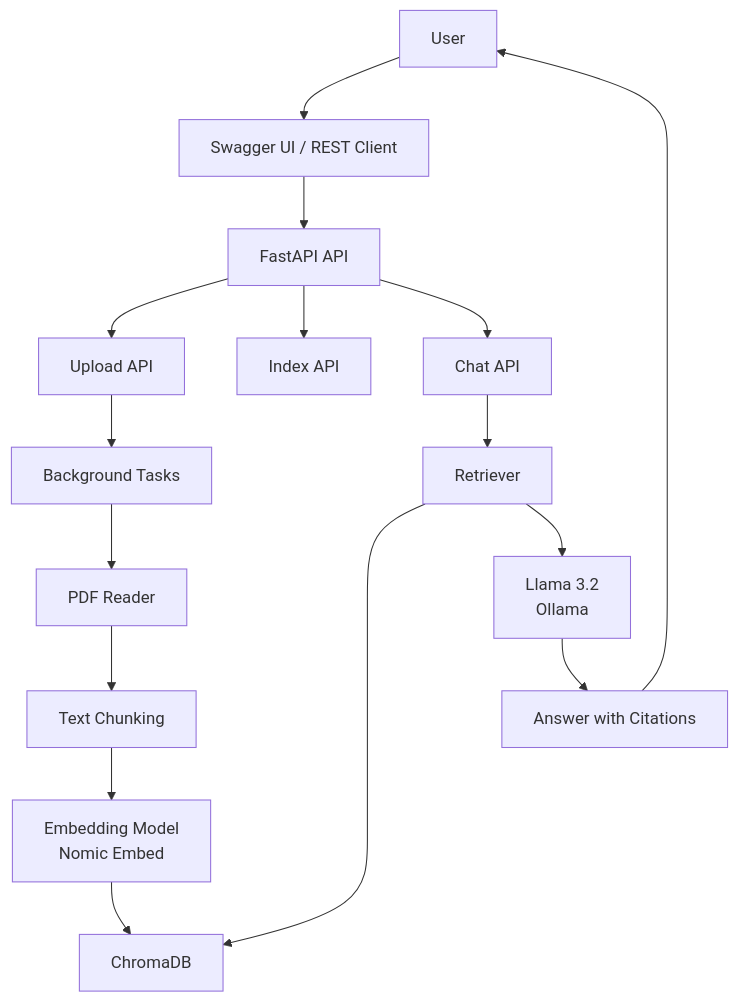
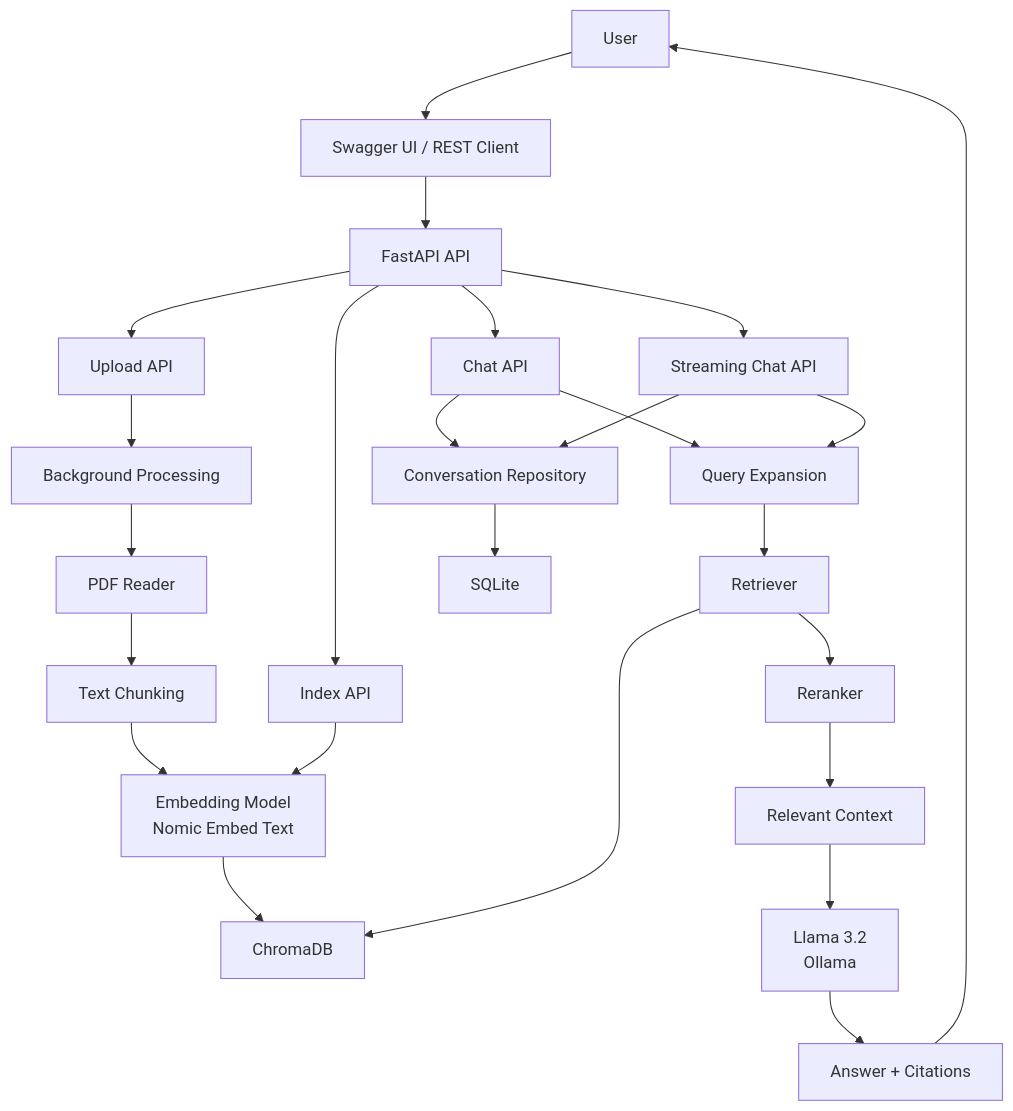
Before and after one commit to manojkr-ai-labs/ai-document-chat-rag: the first of 2 diagrams in README.md, drawn with Mermaid. The commit also changed other lines of this file, not shown here.

````diff
--- a/README.md
+++ b/README.md
@@ -99,51 +142,27 @@
 ```mermaid
 flowchart TD
-
-A[User]
-
-B[Swagger UI / REST Client]
-
-C[FastAPI API]
-
-D[Upload API]
-
-E[Index API]
-
-F[Chat API]
-
-G[Background Tasks]
-
-H[PDF Reader]
-
-I[Text Chunking]
-
-J[Embedding Model<br/>Nomic Embed]
-
-K[ChromaDB]
-
-L[Retriever]
-
-M[Llama 3.2<br/>Ollama]
-
-N[Answer with Citations]
-
-A --> B
-B --> C
-
-C --> D
-C --> E
-C --> F
-
-D --> G
-G --> H
-H --> I
-I --> J
-J --> K
-
-F --> L
-L --> K
-L --> M
-
-M --> N
-N --> A
+    A[User] --> B[Swagger UI / REST Client]
+    B --> C[FastAPI API]
+    C --> D[Upload API]
+    C --> E[Index API]
+    C --> F[Chat API]
+    C --> G[Streaming Chat API]
+    D --> H[Background Processing]
+    H --> I[PDF Reader]
+    I --> J[Text Chunking]
+    J --> K[Embedding Model<br/>Nomic Embed Text]
+    K --> L[ChromaDB]
+    E --> K
+    F --> M[Query Expansion]
+    G --> M
+    M --> N[Retriever]
+    N --> L
+    N --> O[Reranker]
+    O --> P[Relevant Context]
+    P --> Q[Llama 3.2<br/>Ollama]
+    Q --> R[Answer + Citations]
+    F --> S[Conversation Repository]
+    G --> S
+    S --> T[SQLite]
+    R --> A
 ```
````
